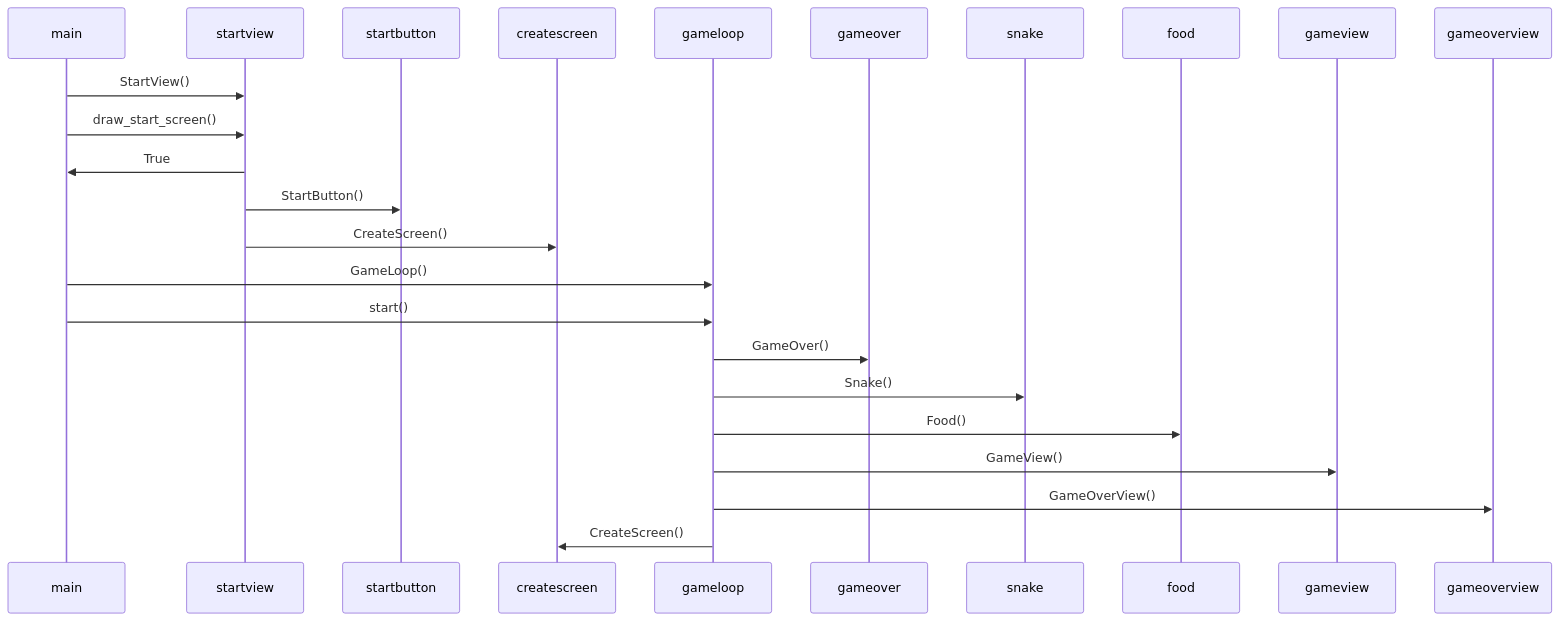
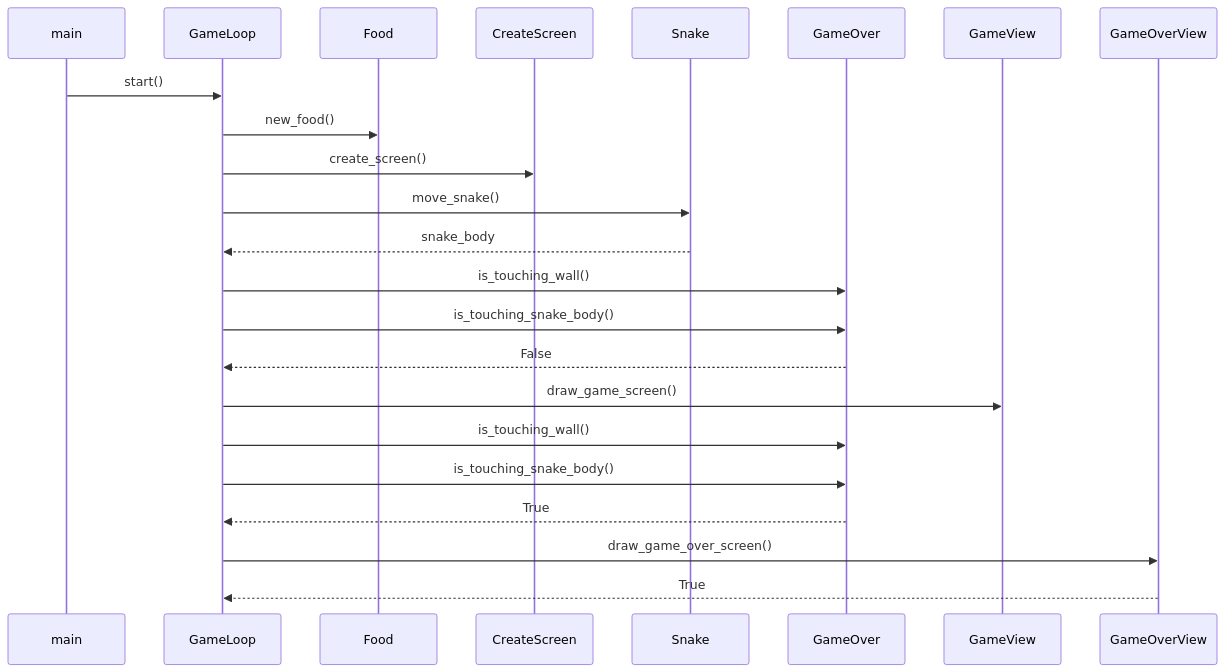
The fourth of 4 diagrams in dokumentaatio/arkkitehtuuri.md (sannilatvala/ot-harjoitustyo), drawn with Mermaid before and after one commit. The commit also changed other lines of this file and 38 other files, not shown here.

````diff
--- a/dokumentaatio/arkkitehtuuri.md
+++ b/dokumentaatio/arkkitehtuuri.md
@@ -29,29 +68,26 @@
 ```mermaid
 sequenceDiagram
     participant main
-    participant startview
-    main ->> startview: StartView()
-    main ->> startview: draw_start_screen()
-    startview ->> main: True
-    participant startbutton
-    startview ->> startbutton: StartButton()
-    participant createscreen
-    startview ->> createscreen: CreateScreen()
-    participant gameloop
-    main ->> gameloop: GameLoop()
-    main ->> gameloop: start()
-    participant gameover
-    gameloop ->> gameover: GameOver()
-    participant snake
-    gameloop ->> snake: Snake()
-    participant food
-    gameloop ->> food: Food()
-    participant gameview
-    gameloop ->> gameview: GameView()
-    participant gameoverview
-    gameloop ->> gameoverview: GameOverView()
-    participant createscreen
-    gameloop ->> createscreen: CreateScreen()
-
+    participant GameLoop
+    main ->> GameLoop: start()
+    participant Food
+    GameLoop ->> Food: new_food()
+    participant CreateScreen
+    GameLoop ->> CreateScreen: create_screen()
+    participant Snake
+    GameLoop ->> Snake: move_snake()
+    Snake -->> GameLoop: snake_body
+    participant GameOver
+    GameLoop ->> GameOver: is_touching_wall()
+    GameLoop ->> GameOver: is_touching_snake_body()
+    GameOver -->> GameLoop: False
+    participant GameView
+    GameLoop ->> GameView: draw_game_screen()
+    GameLoop ->> GameOver: is_touching_wall()
+    GameLoop ->> GameOver: is_touching_snake_body()
+    GameOver -->> GameLoop: True
+    participant GameOverView
+    GameLoop ->> GameOverView: draw_game_over_screen()
+    GameOverView -->> GameLoop: True
 
 ```
````
